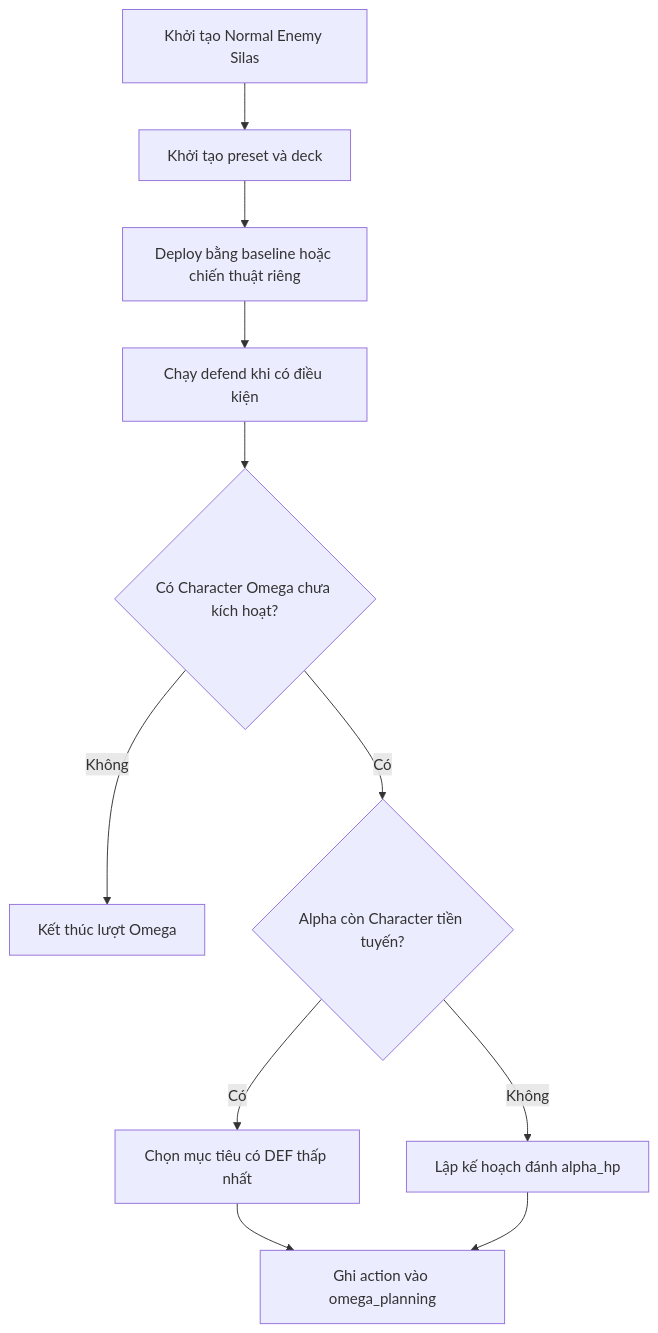
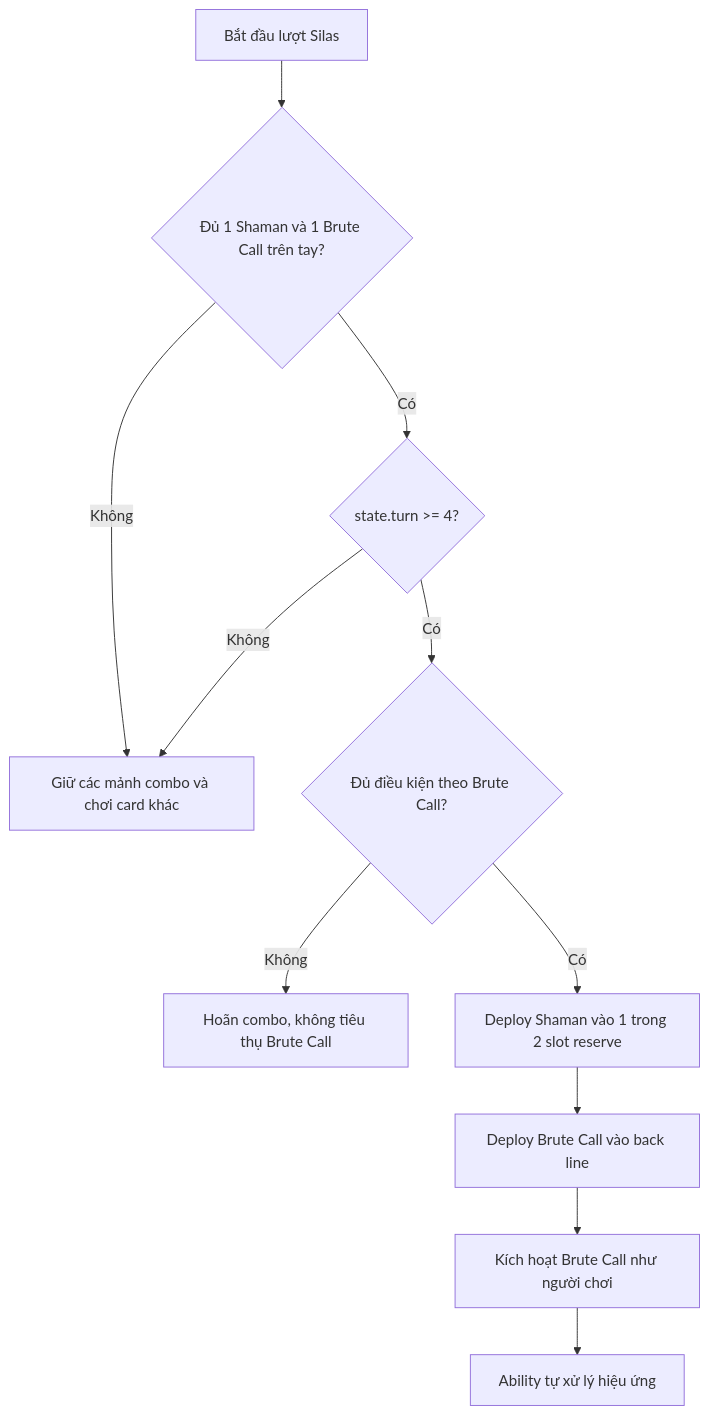
One commit to SaiGame-studio/sg03 changed the diagram in Assets/_sg03/docs/pve/normal_enemies/silas.md. Above: the diagram before and after it, drawn with Mermaid. The commit also changed other lines of this file and 1 other file, not shown here.

Commit message:
finish silas md

````diff
--- a/Assets/_sg03/docs/pve/normal_enemies/silas.md
+++ b/Assets/_sg03/docs/pve/normal_enemies/silas.md
@@ -125,13 +149,13 @@
 ```mermaid
 flowchart TD
-    A[Khởi tạo Normal Enemy Silas] --> B[Khởi tạo preset và deck]
-    B --> C[Deploy bằng baseline hoặc chiến thuật riêng]
-    C --> D[Chạy defend khi có điều kiện]
-    D --> E{Có Character Omega chưa kích hoạt?}
-    E -- Không --> F[Kết thúc lượt Omega]
-    E -- Có --> G{Alpha còn Character tiền tuyến?}
-    G -- Có --> H[Chọn mục tiêu có DEF thấp nhất]
-    G -- Không --> I[Lập kế hoạch đánh alpha_hp]
-    H --> J[Ghi action vào omega_planning]
-    I --> J
+    A[Bắt đầu lượt Silas] --> B{Đủ 1 Shaman và 1 Brute Call trên tay?}
+    B -- Không --> C[Giữ các mảnh combo và chơi card khác]
+    B -- Có --> D{state.turn >= 4?}
+    D -- Không --> C
+    D -- Có --> E{Đủ điều kiện theo Brute Call?}
+    E -- Không --> F[Hoãn combo, không tiêu thụ Brute Call]
+    E -- Có --> G[Deploy Shaman vào 1 trong 2 slot reserve]
+    G --> H[Deploy Brute Call vào back line]
+    H --> I[Kích hoạt Brute Call như người chơi]
+    I --> J[Ability tự xử lý hiệu ứng]
 ```
````
